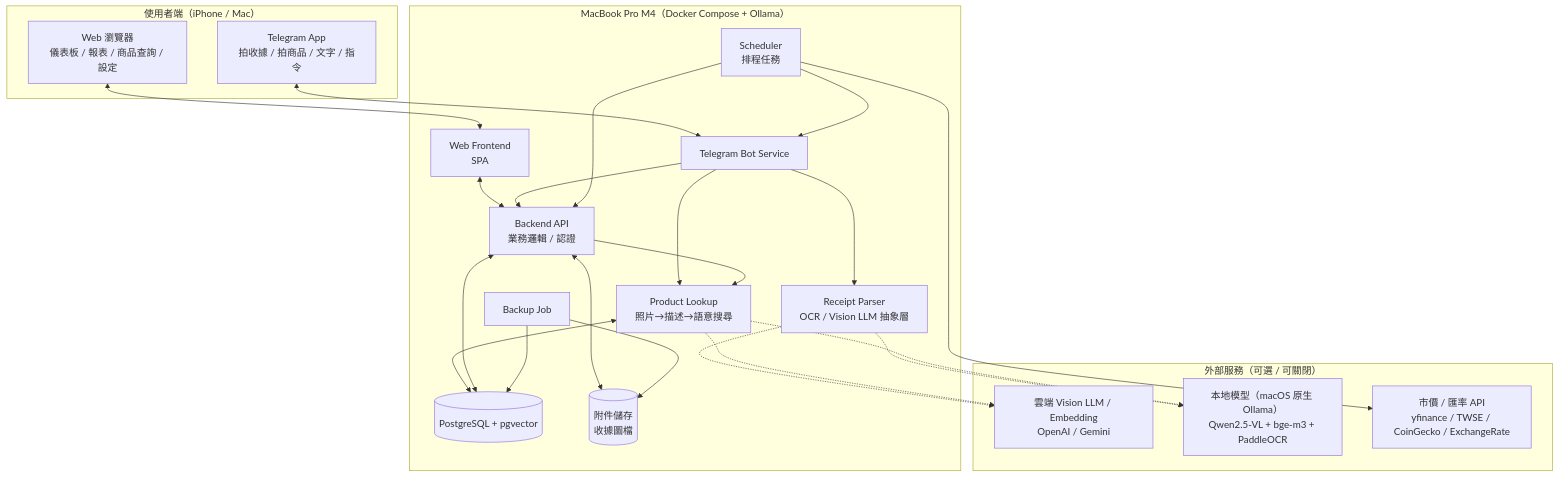
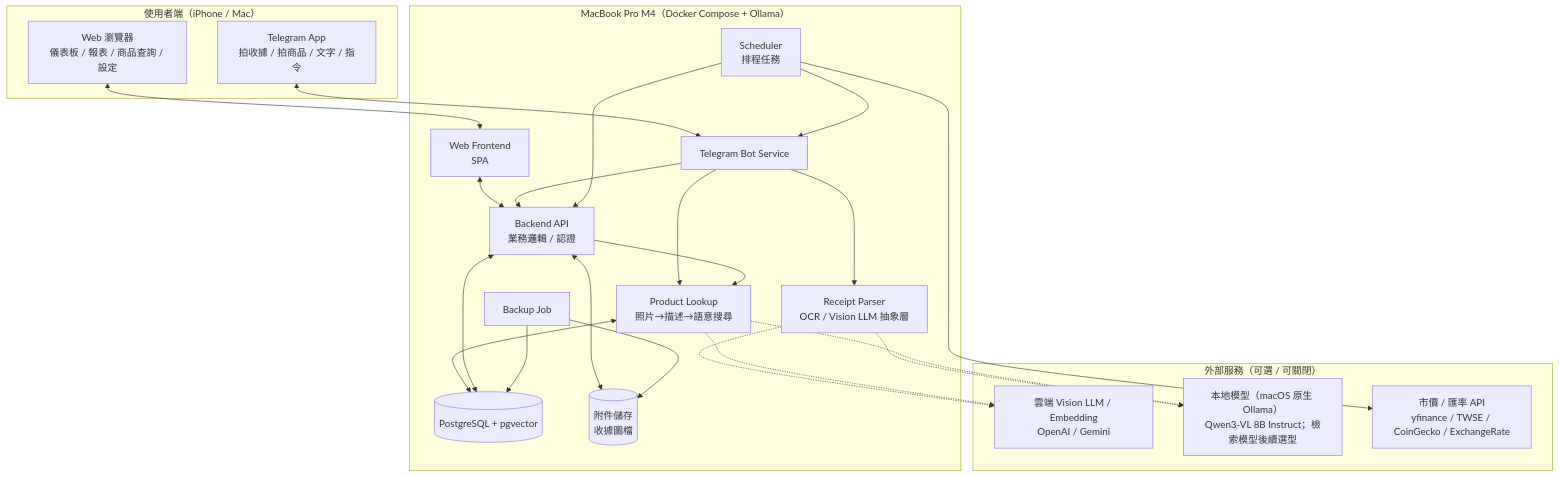
Before and after one commit to Tiffany0622/finance-tracker: the first of 2 diagrams in 01-requirements.md, drawn with Mermaid. The commit also changed other lines of this file and 10 other files, not shown here.

Commit message:
feat: enable native local receipt AI with Ollama Instruct

````diff
--- a/01-requirements.md
+++ b/01-requirements.md
@@ -366,45 +366,45 @@
 ```mermaid
 flowchart TB
     subgraph Client["使用者端（iPhone / Mac）"]
         TG[Telegram App<br/>拍收據 / 拍商品 / 文字 / 指令]
         WEB[Web 瀏覽器<br/>儀表板 / 報表 / 商品查詢 / 設定]
     end
 
     subgraph Home["MacBook Pro M4（Docker Compose + Ollama）"]
         BOT[Telegram Bot Service]
         API[Backend API<br/>業務邏輯 / 認證]
         FE[Web Frontend<br/>SPA]
         SCHED[Scheduler<br/>排程任務]
         OCR[Receipt Parser<br/>OCR / Vision LLM 抽象層]
         LOOKUP[Product Lookup<br/>照片→描述→語意搜尋]
         DB[(PostgreSQL + pgvector)]
         FILES[(附件儲存<br/>收據圖檔)]
         BK[Backup Job]
     end
 
     subgraph External["外部服務（可選 / 可關閉）"]
         LLM_CLOUD[雲端 Vision LLM / Embedding<br/>OpenAI / Gemini]
-        LLM_LOCAL[本地模型（macOS 原生 Ollama）<br/>Qwen2.5-VL + bge-m3 + PaddleOCR]
+        LLM_LOCAL[本地模型（macOS 原生 Ollama）<br/>Qwen3-VL 8B Instruct；檢索模型後續選型]
         PRICE[市價 / 匯率 API<br/>yfinance / TWSE / CoinGecko / ExchangeRate]
     end
 
     TG <--> BOT
     WEB <--> FE
     FE <--> API
     BOT --> API
     BOT --> OCR
     BOT --> LOOKUP
     API --> LOOKUP
     OCR -.-> LLM_CLOUD
     OCR -.-> LLM_LOCAL
     LOOKUP -.-> LLM_CLOUD
     LOOKUP -.-> LLM_LOCAL
     LOOKUP <--> DB
     API <--> DB
     API <--> FILES
     SCHED --> API
     SCHED --> PRICE
     SCHED --> BOT
     BK --> DB
     BK --> FILES
 ```
````
